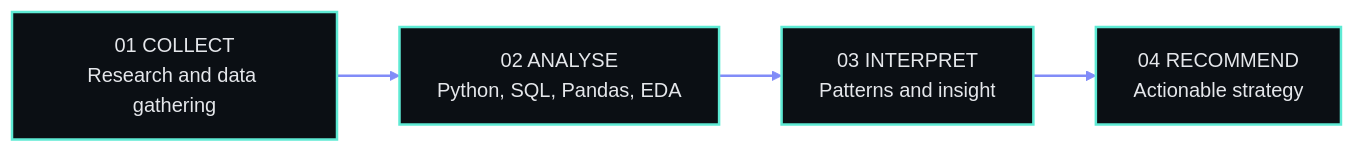
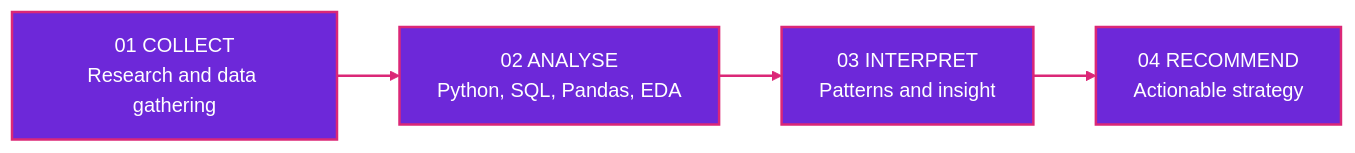
Before and after one commit to firozcodes/firozcodes: the diagram in README.md, drawn with Mermaid. The commit also changed other lines of this file, not shown here.

````diff
--- a/README.md
+++ b/README.md
@@ -88,10 +88,10 @@
 ```mermaid
 flowchart LR
     A["01 COLLECT<br/>Research and data gathering"] --> B["02 ANALYSE<br/>Python, SQL, Pandas, EDA"]
     B --> C["03 INTERPRET<br/>Patterns and insight"]
     C --> D["04 RECOMMEND<br/>Actionable strategy"]
 
-    classDef step fill:#0b0f14,stroke:#5eead4,stroke-width:2px,color:#e5e7eb
+    classDef step fill:#6d28d9,stroke:#db2777,stroke-width:2px,color:#ffffff
     class A,B,C,D step
-    linkStyle default stroke:#818cf8,stroke-width:2px
+    linkStyle default stroke:#db2777,stroke-width:2px
 ```
````
